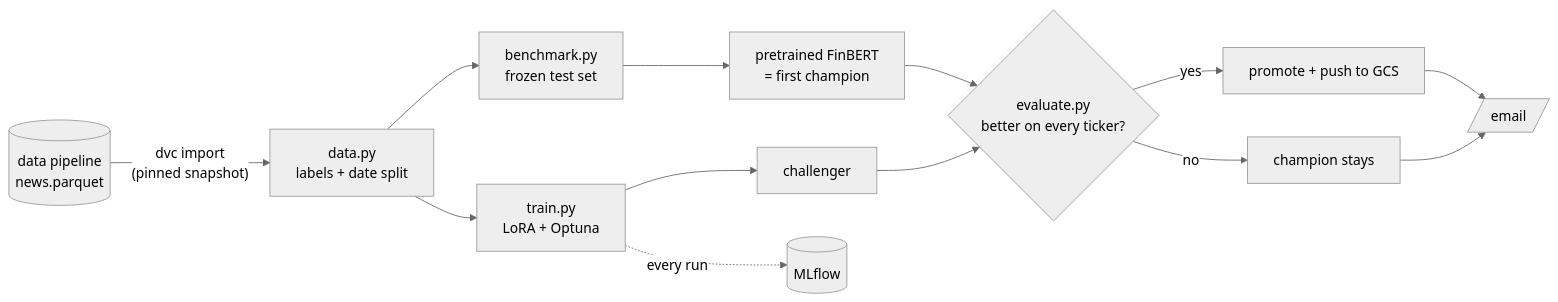
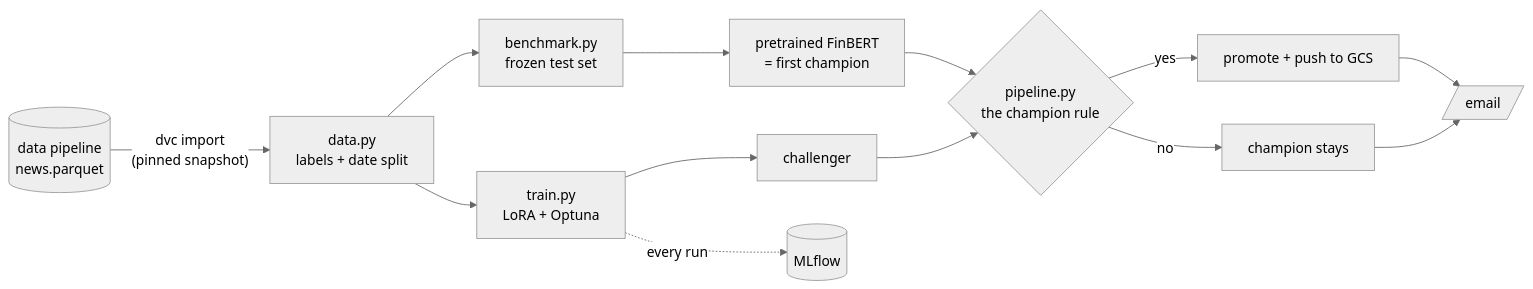
One commit to FinMLOps/finmlops-model-dev changed the diagram in README.md. Above: the diagram before and after it, drawn with Mermaid (neutral theme). The commit also changed other lines of this file, not shown here.

````diff
--- a/README.md
+++ b/README.md
@@ -33,15 +33,15 @@
 ```mermaid
 flowchart LR
     DP[("data pipeline<br/>news.parquet")] -- "dvc import<br/>(pinned snapshot)" --> D[data.py<br/>labels + date split]
     D --> B[benchmark.py<br/>frozen test set]
     D --> T[train.py<br/>LoRA + Optuna]
     B --> BL[pretrained FinBERT<br/>= first champion]
     T --> C[challenger]
-    BL --> E{evaluate.py<br/>better on every ticker?}
+    BL --> E{pipeline.py<br/>the champion rule}
     C --> E
     E -- yes --> P[promote + push to GCS]
     E -- no --> K[champion stays]
     P --> M[/email/]
     K --> M
     T -. every run .-> ML[(MLflow)]
 ```
````
